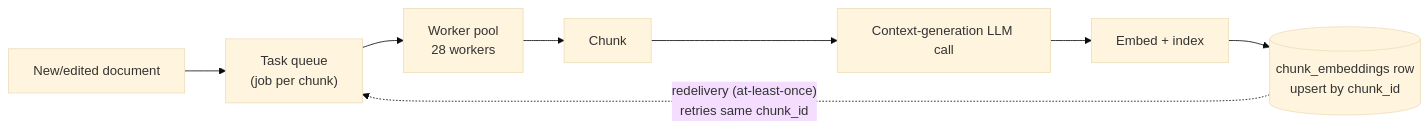
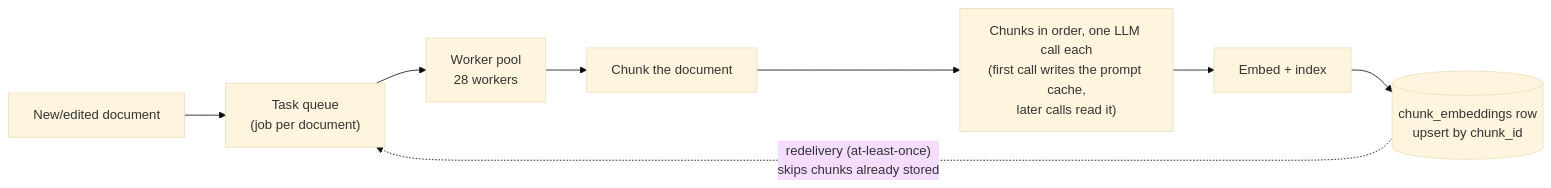
One commit to romancobblepot/AI-system-design-primer changed the third of 4 diagrams in case-studies/rag-contextual-retrieval/README.md. Above: the diagram before and after it, drawn with Mermaid (base theme). The commit also changed other lines of this file and 49 other files, not shown here.

````diff
--- a/case-studies/rag-contextual-retrieval/README.md
+++ b/case-studies/rag-contextual-retrieval/README.md
@@ -165,10 +367,10 @@
 ```mermaid
 flowchart LR
-    DOC["New/edited document"] --> TQ["Task queue\n(job per chunk)"]
+    DOC["New/edited document"] --> TQ["Task queue\n(job per document)"]
     TQ --> W1["Worker pool\n28 workers"]
-    W1 --> CH["Chunk"]
-    CH --> CTX["Context-generation LLM call"]
+    W1 --> CH["Chunk the document"]
+    CH --> CTX["Chunks in order, one LLM call each\n(first call writes the prompt cache,\nlater calls read it)"]
     CTX --> EMB["Embed + index"]
     EMB --> ROW[("chunk_embeddings row\nupsert by chunk_id")]
-    ROW -. "redelivery (at-least-once)\nretries same chunk_id" .-> TQ
+    ROW -. "redelivery (at-least-once)\nskips chunks already stored" .-> TQ
 ```
````
